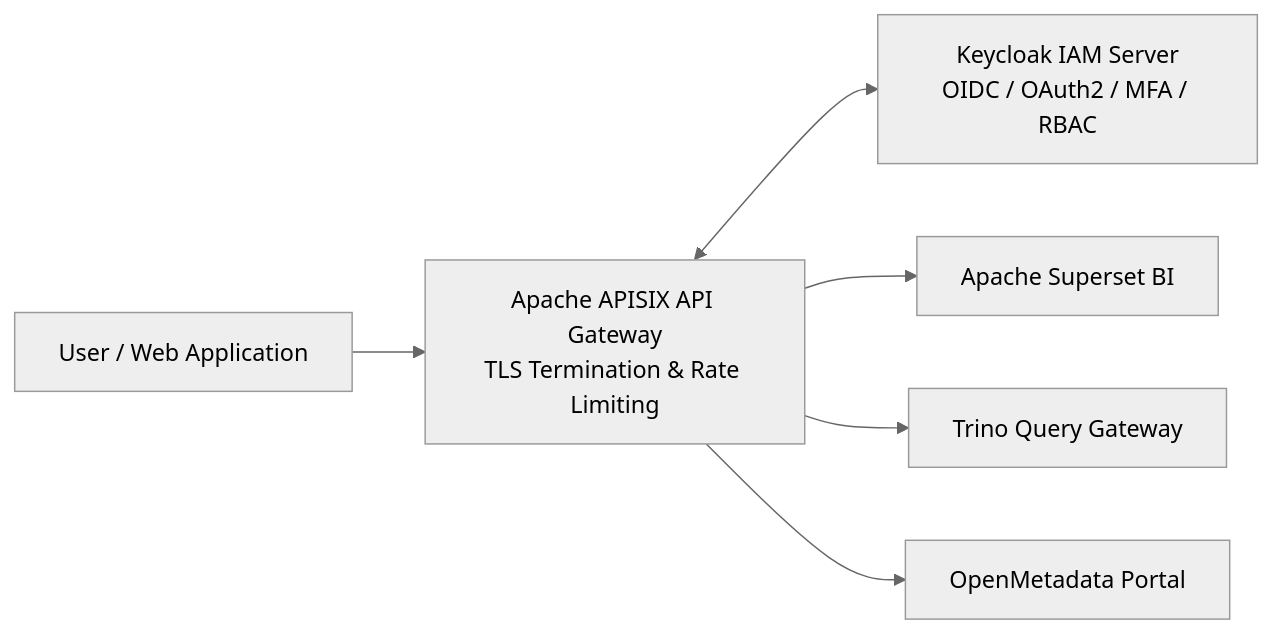
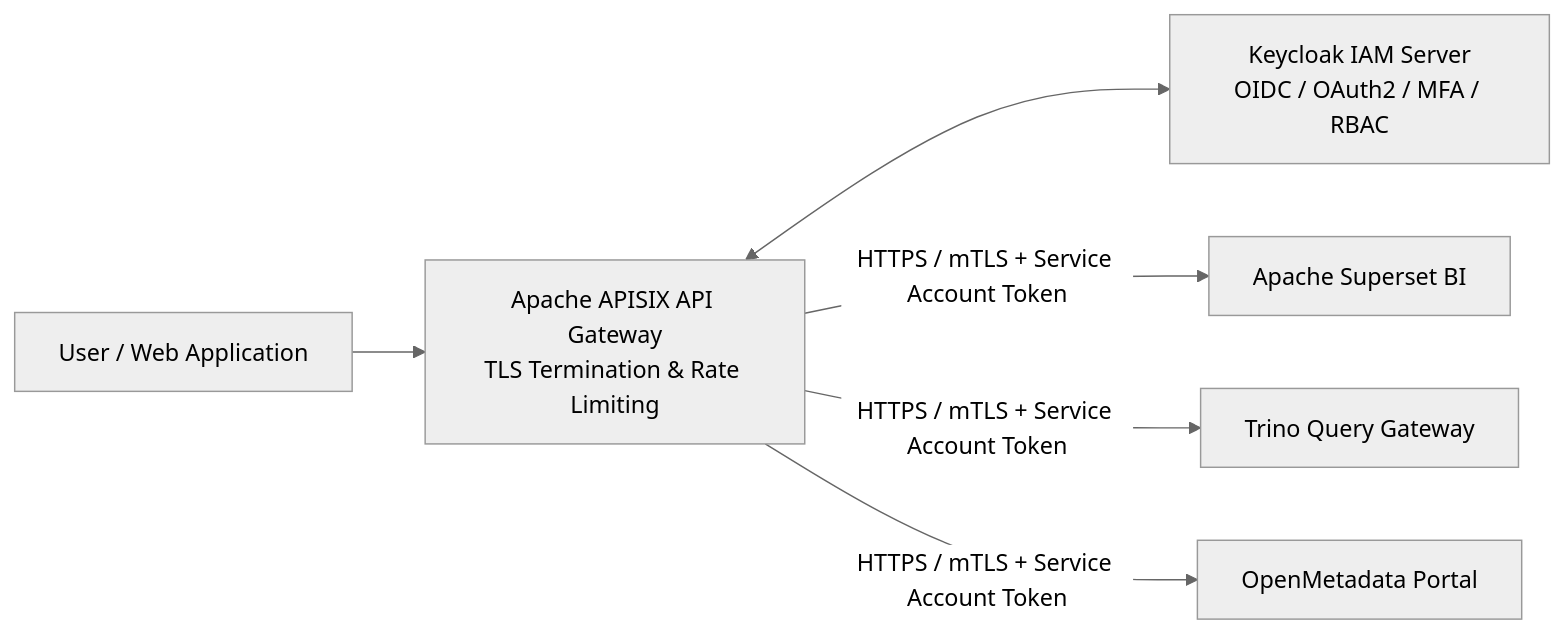
One commit to linuxmalaysia/bda-ai-infra changed the diagram in openwiki/governance/security-iam-gateway.md. Above: the diagram before and after it, drawn with Mermaid (neutral theme). The commit also changed other lines of this file and 16 other files, not shown here.

````diff
--- a/openwiki/governance/security-iam-gateway.md
+++ b/openwiki/governance/security-iam-gateway.md
@@ -15,8 +15,8 @@
 ```mermaid
 flowchart LR
     Client["User / Web Application"] --> APISIX["Apache APISIX API Gateway<br/>TLS Termination & Rate Limiting"]
     APISIX <--> Keycloak["Keycloak IAM Server<br/>OIDC / OAuth2 / MFA / RBAC"]
-    APISIX --> Superset["Apache Superset BI"]
-    APISIX --> Trino["Trino Query Gateway"]
-    APISIX --> OpenMetadata["OpenMetadata Portal"]
+    APISIX -->|HTTPS / mTLS + Service Account Token| Superset["Apache Superset BI"]
+    APISIX -->|HTTPS / mTLS + Service Account Token| Trino["Trino Query Gateway"]
+    APISIX -->|HTTPS / mTLS + Service Account Token| OpenMetadata["OpenMetadata Portal"]
 ```
````
